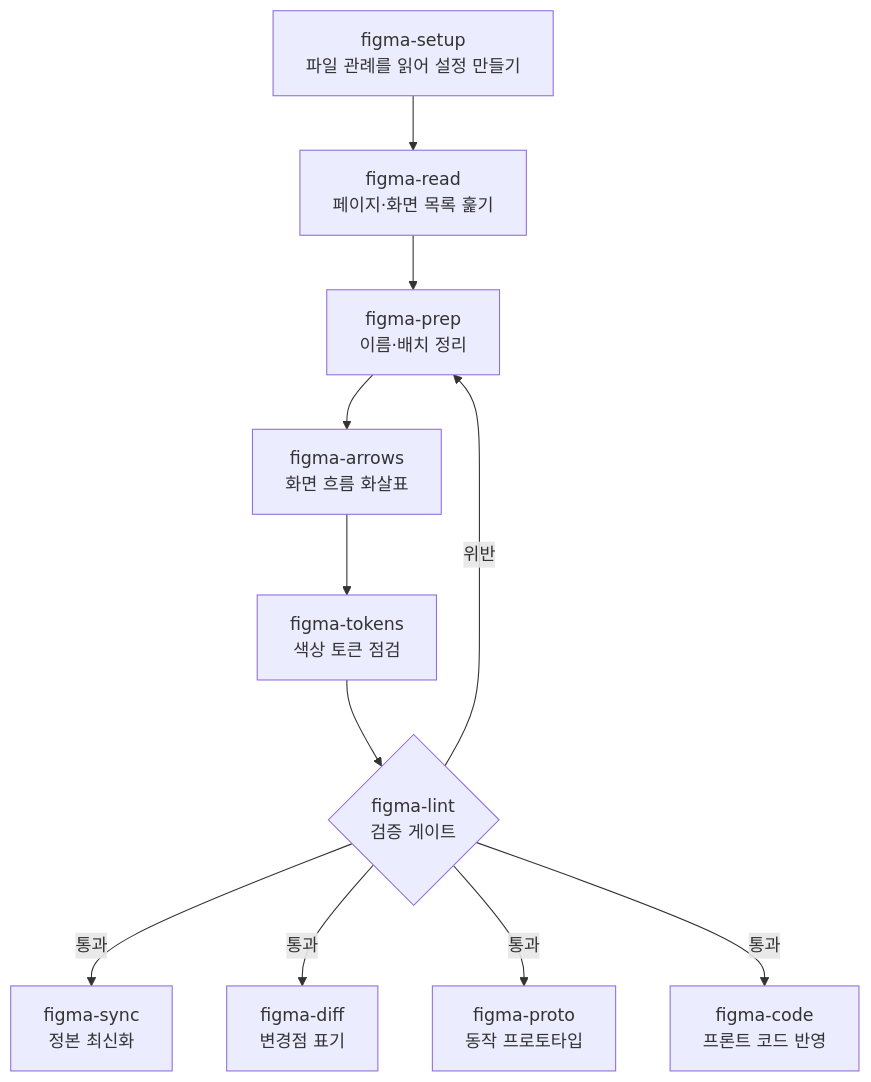
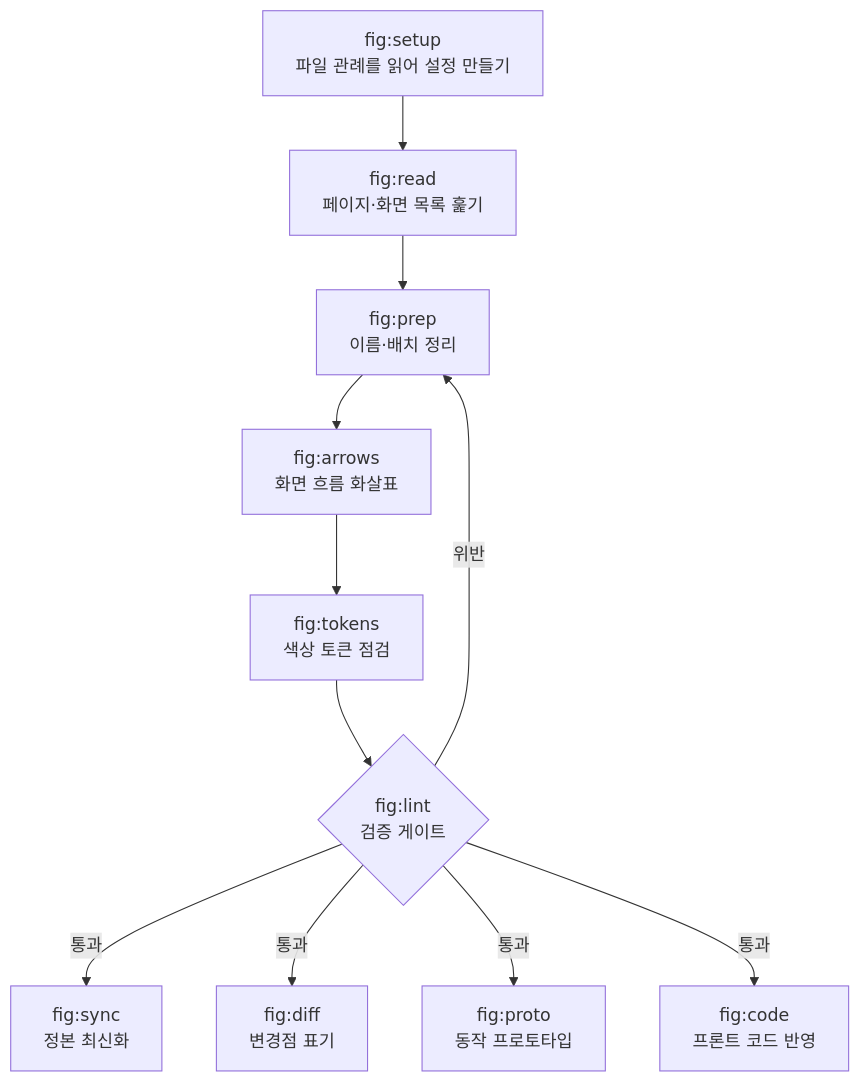
Before and after one commit to byjunyoung/claude-figma-skills: the diagram in README.md, drawn with Mermaid. The commit also changed other lines of this file, not shown here.

Commit message:
convert to plugin layout: fig

````diff
--- a/README.md
+++ b/README.md
@@ -11,20 +11,20 @@
 ```mermaid
 flowchart TD
-    setup["figma-setup<br/>파일 관례를 읽어 설정 만들기"]
-    read["figma-read<br/>페이지·화면 목록 훑기"]
-    prep["figma-prep<br/>이름·배치 정리"]
-    arrows["figma-arrows<br/>화면 흐름 화살표"]
-    tokens["figma-tokens<br/>색상 토큰 점검"]
-    lint{"figma-lint<br/>검증 게이트"}
-    sync["figma-sync<br/>정본 최신화"]
-    diff["figma-diff<br/>변경점 표기"]
-    proto["figma-proto<br/>동작 프로토타입"]
-    code["figma-code<br/>프론트 코드 반영"]
+    setup["fig:setup<br/>파일 관례를 읽어 설정 만들기"]
+    read["fig:read<br/>페이지·화면 목록 훑기"]
+    prep["fig:prep<br/>이름·배치 정리"]
+    arrows["fig:arrows<br/>화면 흐름 화살표"]
+    tokens["fig:tokens<br/>색상 토큰 점검"]
+    lint{"fig:lint<br/>검증 게이트"}
+    sync["fig:sync<br/>정본 최신화"]
+    diff["fig:diff<br/>변경점 표기"]
+    proto["fig:proto<br/>동작 프로토타입"]
+    code["fig:code<br/>프론트 코드 반영"]
 
     setup --> read --> prep --> arrows --> tokens --> lint
     lint -- 위반 --> prep
     lint -- 통과 --> sync
     lint -- 통과 --> diff
     lint -- 통과 --> proto
     lint -- 통과 --> code
 ```
````
